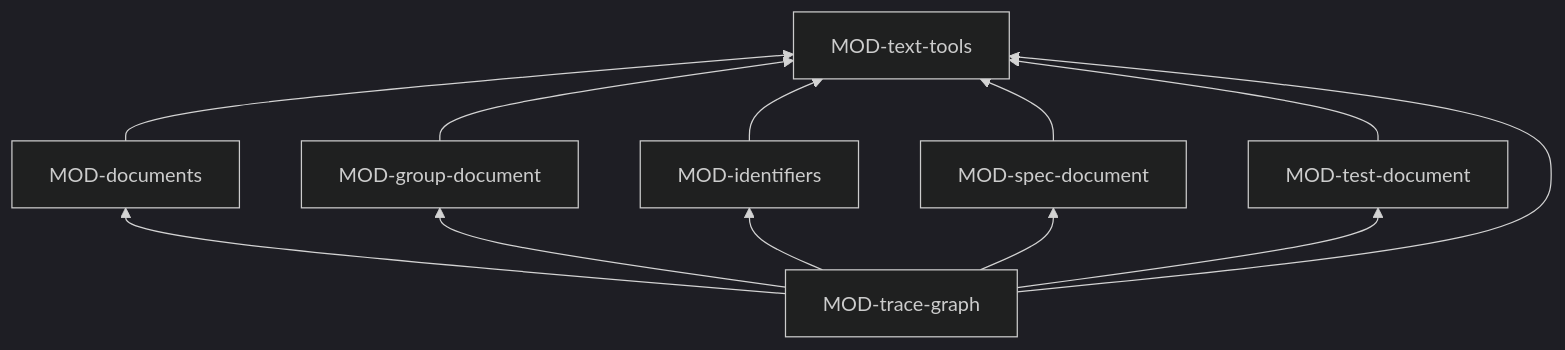
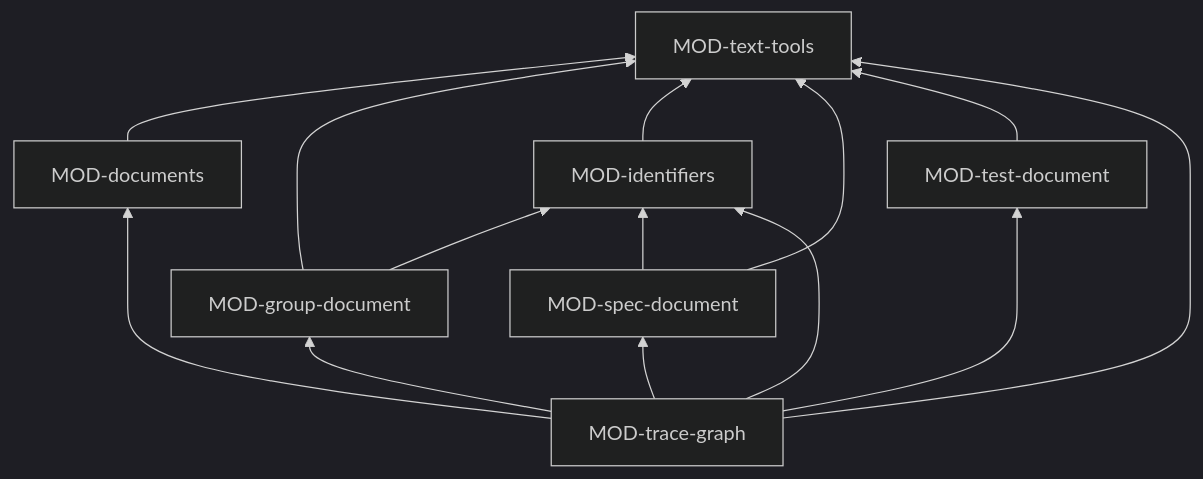
One commit to akmaier/agent-m changed the diagram in docs/architecture/ARC-048-the-artifact-model.md. Above: the diagram before and after it, drawn with Mermaid (dark theme). The commit also changed other lines of this file and 19 other files, not shown here.

````diff
--- a/docs/architecture/ARC-048-the-artifact-model.md
+++ b/docs/architecture/ARC-048-the-artifact-model.md
@@ -135,21 +135,23 @@
 ```mermaid
 flowchart BT
   M0[MOD-text-tools]
   M1[MOD-documents]
   M2[MOD-identifiers]
   M3[MOD-spec-document]
   M4[MOD-test-document]
   M5[MOD-group-document]
   M6[MOD-trace-graph]
   M1 --> M0
   M5 --> M0
+  M5 --> M2
   M2 --> M0
   M3 --> M0
+  M3 --> M2
   M4 --> M0
   M6 --> M1
   M6 --> M5
   M6 --> M2
   M6 --> M3
   M6 --> M4
   M6 --> M0
 ```
````
